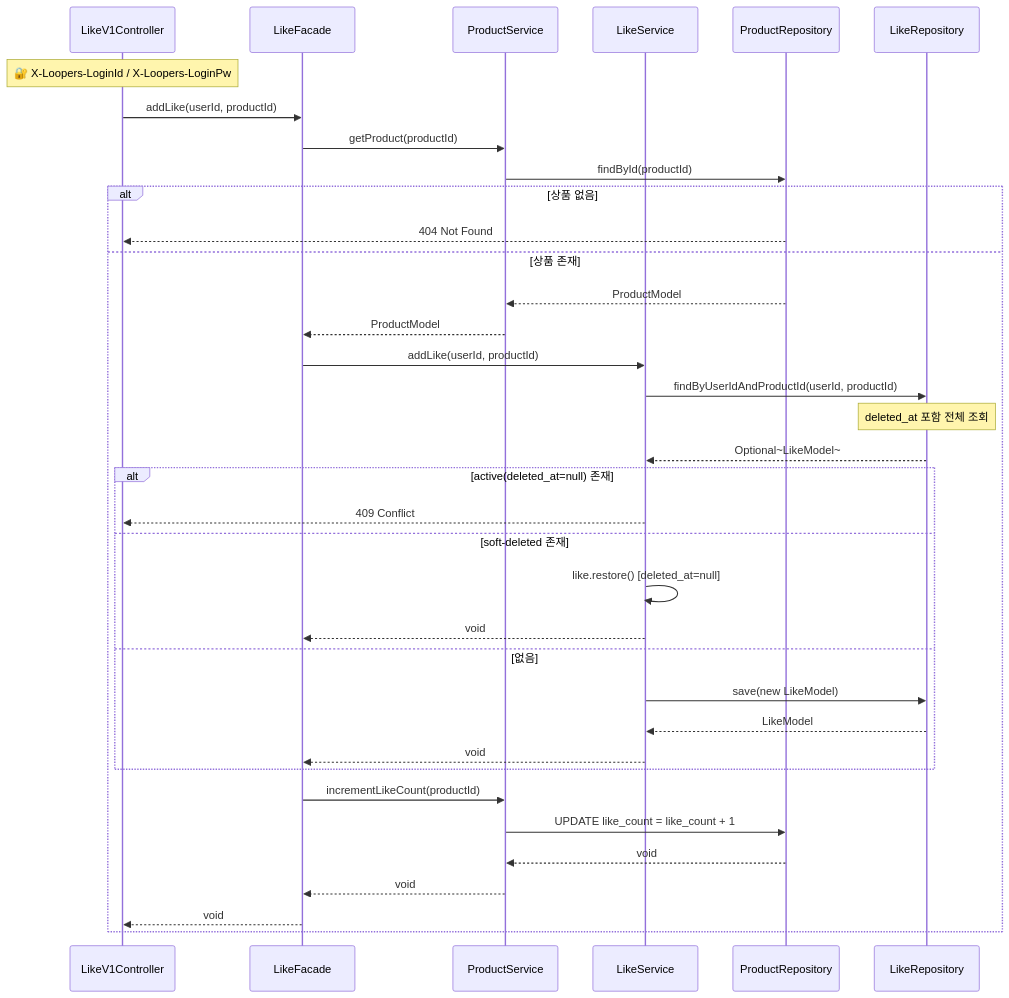
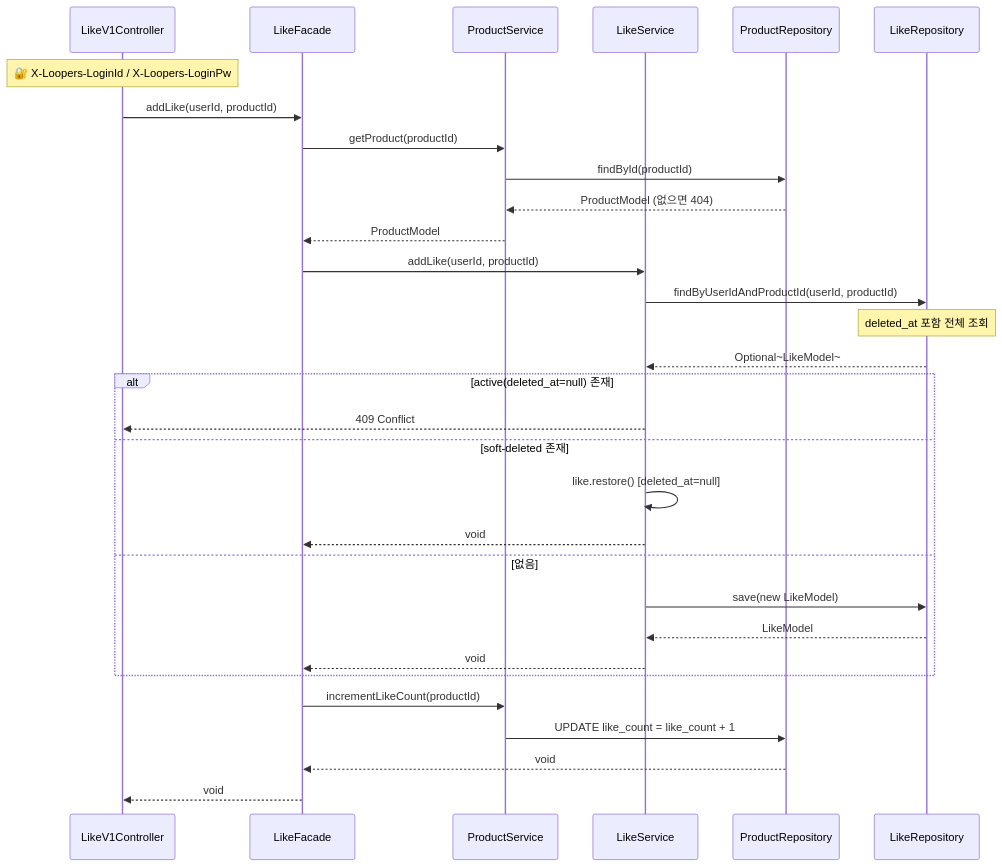
One commit to loopers-labs/loop-pack-be-l2-vol4-java changed the seventh of 10 diagrams in docs/v3/sequence.md. Above: the diagram before and after it, drawn with Mermaid.

Commit message:
docs: 좋아요 등록 시퀀스 다이어그램 — 상품 조회 alt 제거, 좋아요 분기만 유지

````diff
--- a/docs/v3/sequence.md
+++ b/docs/v3/sequence.md
@@ -162,44 +162,38 @@
 ```mermaid
 sequenceDiagram
     Note over LikeV1Controller: 🔐 X-Loopers-LoginId / X-Loopers-LoginPw
     participant LikeV1Controller
     participant LikeFacade
     participant ProductService
     participant LikeService
     participant ProductRepository
     participant LikeRepository
 
     LikeV1Controller->>LikeFacade: addLike(userId, productId)
     LikeFacade->>ProductService: getProduct(productId)
     ProductService->>ProductRepository: findById(productId)
+    ProductRepository-->>ProductService: ProductModel (없으면 404)
+    ProductService-->>LikeFacade: ProductModel
 
-    alt 상품 없음
-        ProductRepository-->>LikeV1Controller: 404 Not Found
-    else 상품 존재
-        ProductRepository-->>ProductService: ProductModel
-        ProductService-->>LikeFacade: ProductModel
+    LikeFacade->>LikeService: addLike(userId, productId)
+    LikeService->>LikeRepository: findByUserIdAndProductId(userId, productId)
+    Note over LikeRepository: deleted_at 포함 전체 조회
+    LikeRepository-->>LikeService: Optional~LikeModel~
 
-        LikeFacade->>LikeService: addLike(userId, productId)
-        LikeService->>LikeRepository: findByUserIdAndProductId(userId, productId)
-        Note over LikeRepository: deleted_at 포함 전체 조회
-        LikeRepository-->>LikeService: Optional~LikeModel~
+    alt active(deleted_at=null) 존재
+        LikeService-->>LikeV1Controller: 409 Conflict
+    else soft-deleted 존재
+        LikeService->>LikeService: like.restore() [deleted_at=null]
+        LikeService-->>LikeFacade: void
+    else 없음
+        LikeService->>LikeRepository: save(new LikeModel)
+        LikeRepository-->>LikeService: LikeModel
+        LikeService-->>LikeFacade: void
+    end
 
-        alt active(deleted_at=null) 존재
-            LikeService-->>LikeV1Controller: 409 Conflict
-        else soft-deleted 존재
-            LikeService->>LikeService: like.restore() [deleted_at=null]
-            LikeService-->>LikeFacade: void
-        else 없음
-            LikeService->>LikeRepository: save(new LikeModel)
-            LikeRepository-->>LikeService: LikeModel
-            LikeService-->>LikeFacade: void
-        end
+    LikeFacade->>ProductService: incrementLikeCount(productId)
+    ProductService->>ProductRepository: UPDATE like_count = like_count + 1
+    ProductRepository-->>LikeFacade: void
 
-        LikeFacade->>ProductService: incrementLikeCount(productId)
-        ProductService->>ProductRepository: UPDATE like_count = like_count + 1
-        ProductRepository-->>ProductService: void
-        ProductService-->>LikeFacade: void
-
-        LikeFacade-->>LikeV1Controller: void
-    end
+    LikeFacade-->>LikeV1Controller: void
 ```
````
